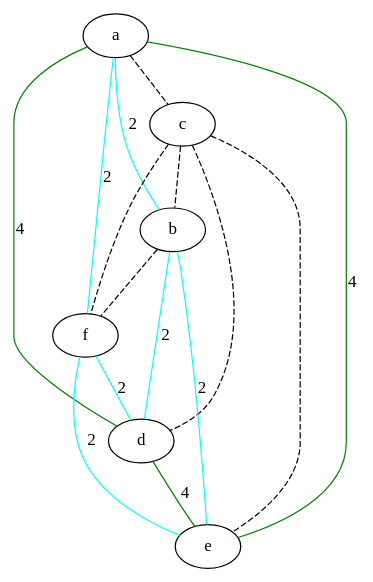
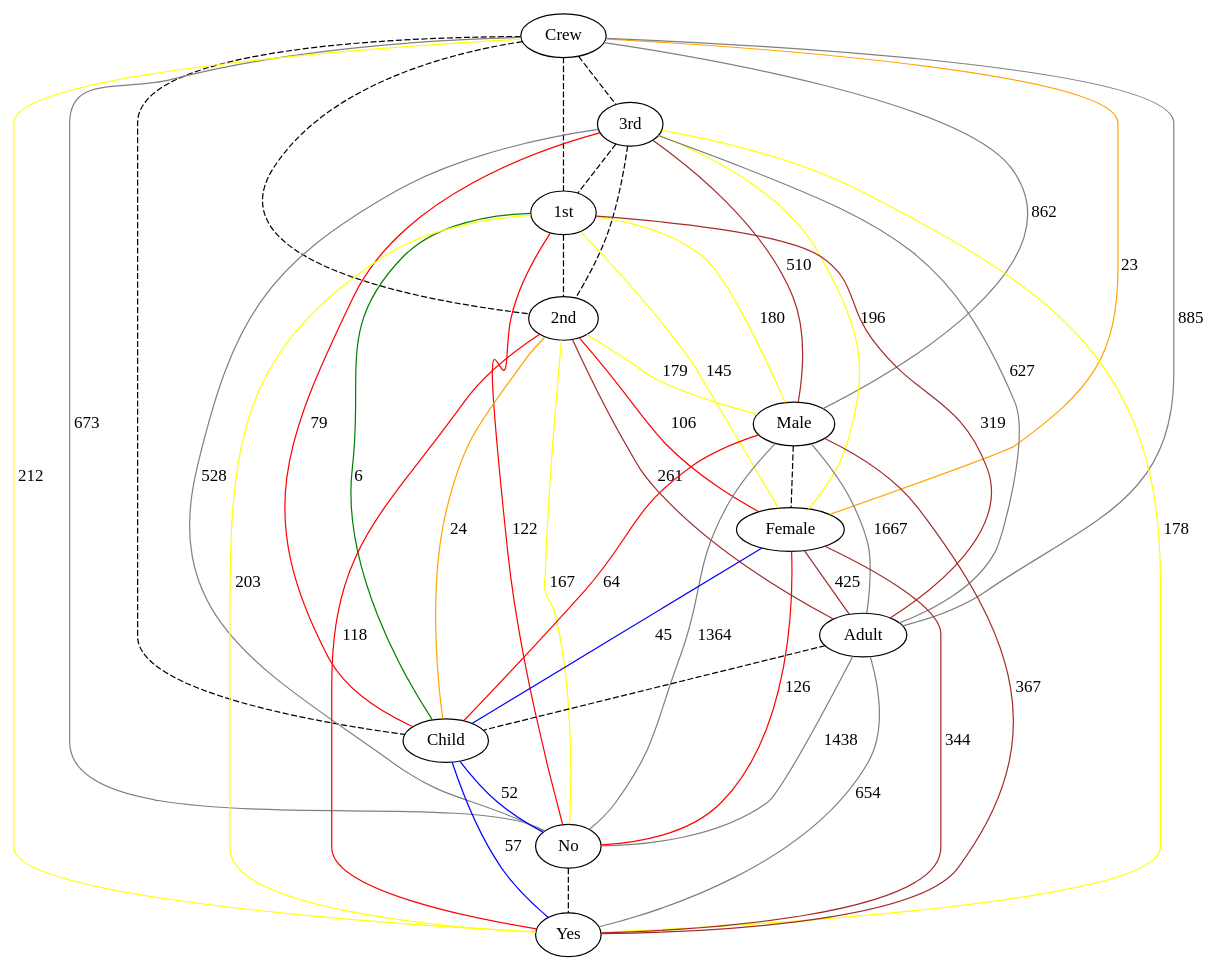
Before and after one commit to lrodrin/TFG: the diagram in src/final/exponentialGraph.dot, drawn with Graphviz. The commit also changed 10 other files, not shown here.

```diff
--- a/src/final/exponentialGraph.dot
+++ b/src/final/exponentialGraph.dot
@@ -1,23 +1,57 @@
 strict graph "" {
-a;
-c;
-b;
-f;
-d;
-e;
-a -- c  [color=black, style=dashed];
-a -- b  [color=cyan, label=2, style=solid];
-a -- f  [color=cyan, label=2, style=solid];
-a -- d  [color=green, label=4, style=solid];
-a -- e  [color=green, label=4, style=solid];
-c -- b  [color=black, style=dashed];
-c -- f  [color=black, style=dashed];
-c -- d  [color=black, style=dashed];
-c -- e  [color=black, style=dashed];
-b -- f  [color=black, style=dashed];
-b -- d  [color=cyan, label=2, style=solid];
-b -- e  [color=cyan, label=2, style=solid];
-f -- d  [color=cyan, label=2, style=solid];
-f -- e  [color=cyan, label=2, style=solid];
-d -- e  [color=green, label=4, style=solid];
+Crew;
+"3rd";
+"1st";
+"2nd";
+Male;
+Female;
+Adult;
+Child;
+No;
+Yes;
+Crew -- "3rd"  [color=black, style=dashed];
+Crew -- "1st"  [color=black, style=dashed];
+Crew -- "2nd"  [color=black, style=dashed];
+Crew -- Male  [color=grey, label=862, style=solid];
+Crew -- Female  [color=orange, label=23, style=solid];
+Crew -- Adult  [color=grey, label=885, style=solid];
+Crew -- Child  [color=black, style=dashed];
+Crew -- No  [color=grey, label=673, style=solid];
+Crew -- Yes  [color=yellow, label=212, style=solid];
+"3rd" -- "1st"  [color=black, style=dashed];
+"3rd" -- "2nd"  [color=black, style=dashed];
+"3rd" -- Male  [color=brown, label=510, style=solid];
+"3rd" -- Female  [color=yellow, label=196, style=solid];
+"3rd" -- Adult  [color=grey, label=627, style=solid];
+"3rd" -- Child  [color=red, label=79, style=solid];
+"3rd" -- No  [color=grey, label=528, style=solid];
+"3rd" -- Yes  [color=yellow, label=178, style=solid];
+"1st" -- "2nd"  [color=black, style=dashed];
+"1st" -- Male  [color=yellow, label=180, style=solid];
+"1st" -- Female  [color=yellow, label=145, style=solid];
+"1st" -- Adult  [color=brown, label=319, style=solid];
+"1st" -- Child  [color=green, label=6, style=solid];
+"1st" -- No  [color=red, label=122, style=solid];
+"1st" -- Yes  [color=yellow, label=203, style=solid];
+"2nd" -- Male  [color=yellow, label=179, style=solid];
+"2nd" -- Female  [color=red, label=106, style=solid];
+"2nd" -- Adult  [color=brown, label=261, style=solid];
+"2nd" -- Child  [color=orange, label=24, style=solid];
+"2nd" -- No  [color=yellow, label=167, style=solid];
+"2nd" -- Yes  [color=red, label=118, style=solid];
+Male -- Female  [color=black, style=dashed];
+Male -- Adult  [color=grey, label=1667, style=solid];
+Male -- Child  [color=red, label=64, style=solid];
+Male -- No  [color=grey, label=1364, style=solid];
+Male -- Yes  [color=brown, label=367, style=solid];
+Female -- Adult  [color=brown, label=425, style=solid];
+Female -- Child  [color=blue, label=45, style=solid];
+Female -- No  [color=red, label=126, style=solid];
+Female -- Yes  [color=brown, label=344, style=solid];
+Adult -- Child  [color=black, style=dashed];
+Adult -- No  [color=grey, label=1438, style=solid];
+Adult -- Yes  [color=grey, label=654, style=solid];
+Child -- No  [color=blue, label=52, style=solid];
+Child -- Yes  [color=blue, label=57, style=solid];
+No -- Yes  [color=black, style=dashed];
 }
```
